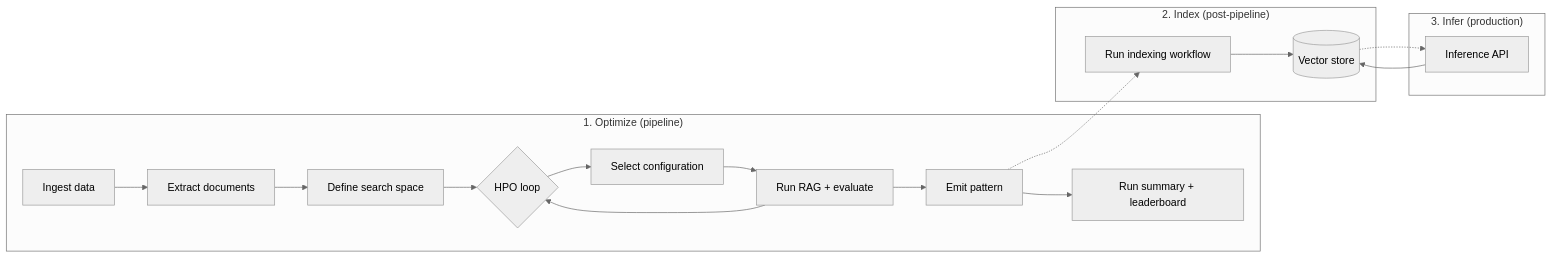
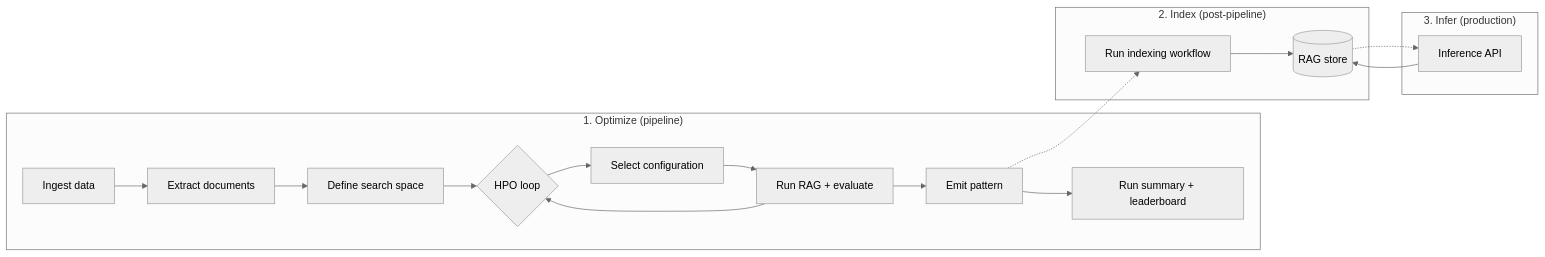
Before and after one commit to opendatahub-io/architecture-decision-records: the diagram in architecture-decision-records/autorag/ODH-ADR-0001-autorag.md, drawn with Mermaid (neutral theme). The commit also changed other lines of this file and 7 other files, not shown here.

````diff
--- a/architecture-decision-records/autorag/ODH-ADR-0001-autorag.md
+++ b/architecture-decision-records/autorag/ODH-ADR-0001-autorag.md
@@ -73,24 +51,24 @@
 ```mermaid
 flowchart LR
     subgraph optimize["1. Optimize (pipeline)"]
         Ingest[Ingest data] --> Extract[Extract documents]
         Extract --> SearchSpace[Define search space]
         SearchSpace --> Loop{HPO loop}
         Loop --> Select[Select configuration]
         Select --> Run[Run RAG + evaluate]
         Run --> Emit[Emit pattern]
         Run --> Loop
         Emit --> Summary[Run summary + leaderboard]
     end
 
     subgraph index["2. Index (post-pipeline)"]
-        IndexRun[Run indexing workflow] --> VectorStore[(Vector store)]
+        IndexRun[Run indexing workflow] --> RAGStore[(RAG store)]
     end
 
     subgraph infer["3. Infer (production)"]
-        InferAPI[Inference API] --> VectorStore
+        InferAPI[Inference API] --> RAGStore
     end
 
     Emit -.-> IndexRun
-    VectorStore -.-> InferAPI
+    RAGStore -.-> InferAPI
 ```
````
